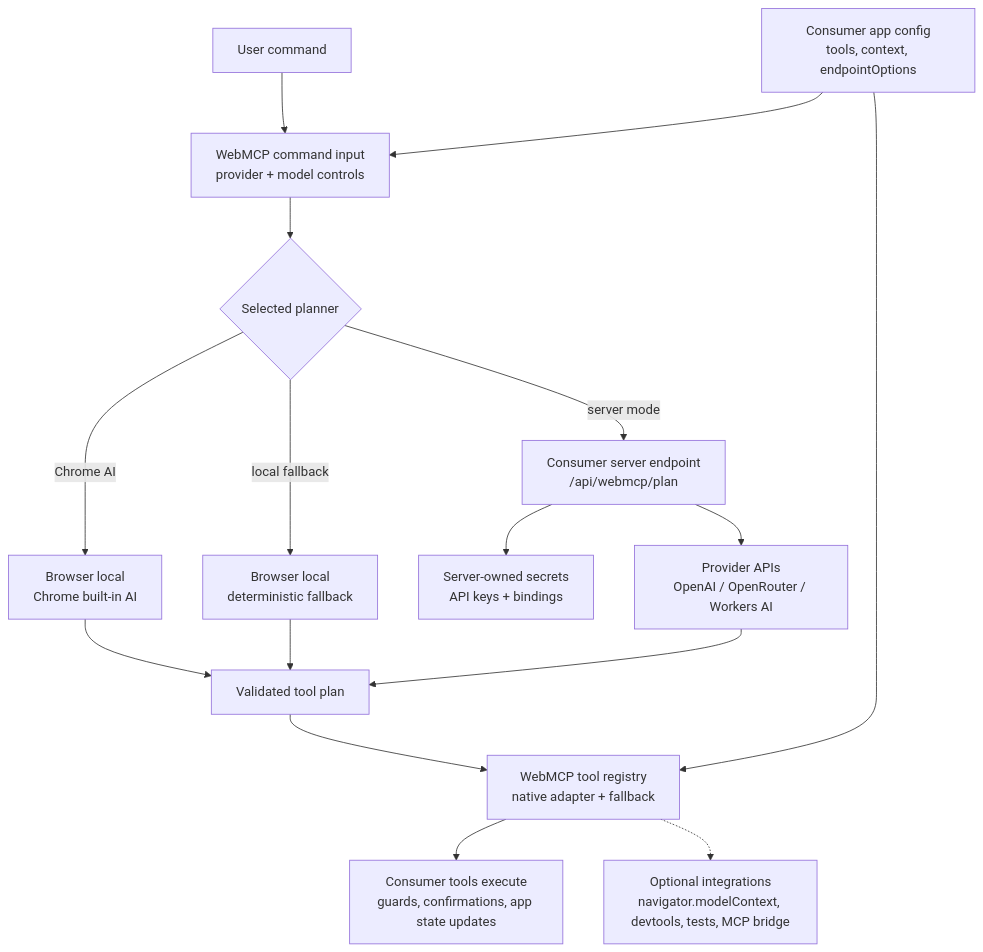
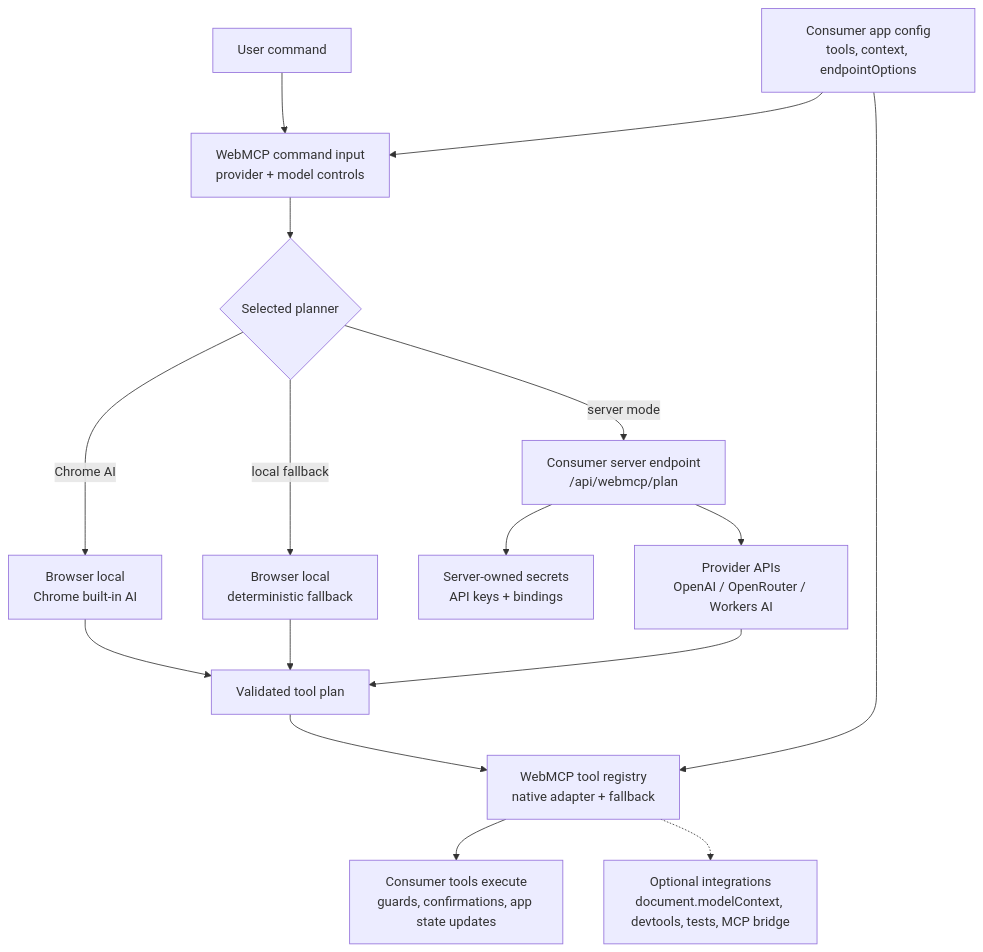
Before and after one commit to vampaz/web-mcp: the diagram in README.md, drawn with Mermaid. The commit also changed other lines of this file and 5 other files, not shown here.

Commit message:
fix: use document modelContext for WebMCP

````diff
--- a/README.md
+++ b/README.md
@@ -29,32 +29,32 @@
 ```mermaid
 flowchart TB
   User["User command"]
   Consumer["Consumer app config<br/>tools, context, endpointOptions"]
   Command["WebMCP command input<br/>provider + model controls"]
   Choice{"Selected planner"}
   ChromeAI["Browser local<br/>Chrome built-in AI"]
   LocalPlanner["Browser local<br/>deterministic fallback"]
   Server["Consumer server endpoint<br/>/api/webmcp/plan"]
   Secrets["Server-owned secrets<br/>API keys + bindings"]
   Providers["Provider APIs<br/>OpenAI / OpenRouter / Workers AI"]
   Plan["Validated tool plan"]
   Registry["WebMCP tool registry<br/>native adapter + fallback"]
-  Native["Optional integrations<br/>navigator.modelContext, devtools, tests, MCP bridge"]
+  Native["Optional integrations<br/>document.modelContext, devtools, tests, MCP bridge"]
   Tools["Consumer tools execute<br/>guards, confirmations, app state updates"]
 
   User --> Command
   Consumer --> Command
   Consumer --> Registry
   Command --> Choice
   Choice -->|"Chrome AI"| ChromeAI
   Choice -->|"local fallback"| LocalPlanner
   Choice -->|"server mode"| Server
   Server --> Secrets
   Server --> Providers
   ChromeAI --> Plan
   LocalPlanner --> Plan
   Providers --> Plan
   Plan --> Registry
   Registry --> Tools
   Registry -.-> Native
 ```
````
